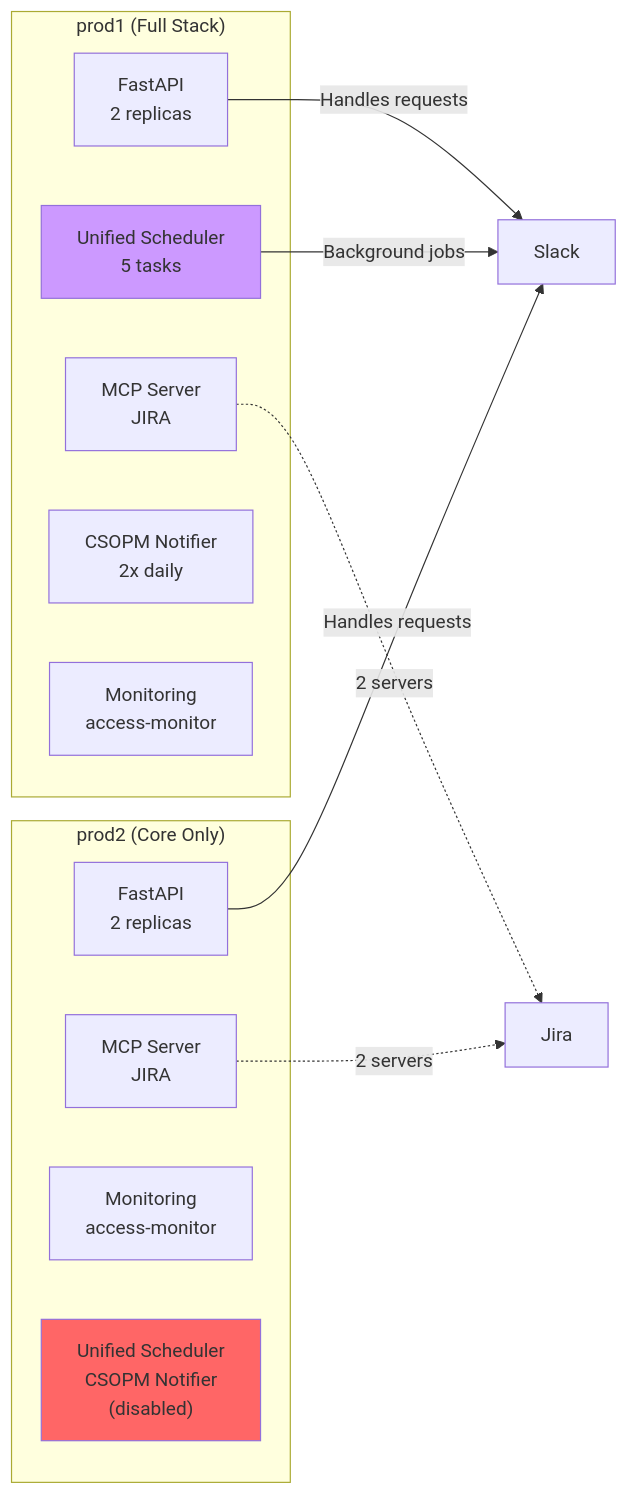
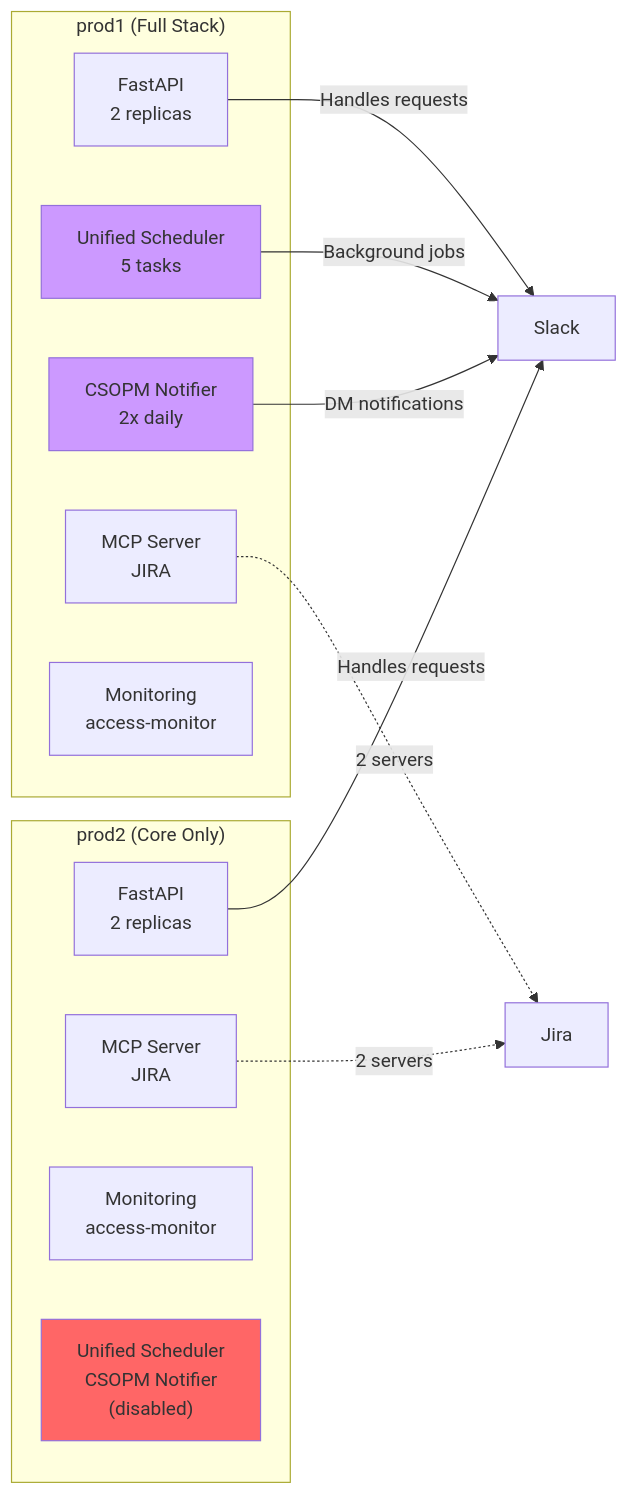
The third of 5 diagrams in projects/ketchup/docs/diagrams/5-container-topology.md (blueman82/mcp-exec), drawn with Mermaid before and after one commit.

Commit message:
Update documentation: 5-container-topology.md via Edit [2026-01-22 11:29]

````diff
--- a/projects/ketchup/docs/diagrams/5-container-topology.md
+++ b/projects/ketchup/docs/diagrams/5-container-topology.md
@@ -164,27 +164,29 @@
 ```mermaid
 graph LR
     subgraph "prod1 (Full Stack)"
         P1_FastAPI["FastAPI<br/>2 replicas"]
         P1_MCP["MCP Server<br/>JIRA"]
         P1_Unified["Unified Scheduler<br/>5 tasks"]
         P1_CSOPM["CSOPM Notifier<br/>2x daily"]
         P1_Monitor["Monitoring<br/>access-monitor"]
     end
 
     subgraph "prod2 (Core Only)"
         P2_FastAPI["FastAPI<br/>2 replicas"]
         P2_MCP["MCP Server<br/>JIRA"]
         P2_Monitor["Monitoring<br/>access-monitor"]
         P2_Disabled["Unified Scheduler<br/>CSOPM Notifier<br/>(disabled)"]
     end
 
     P1_FastAPI -->|Handles requests| Slack
     P1_Unified -->|Background jobs| Slack
+    P1_CSOPM -->|DM notifications| Slack
     P2_FastAPI -->|Handles requests| Slack
 
     style P1_Unified fill:#cc99ff
+    style P1_CSOPM fill:#cc99ff
     style P2_Disabled fill:#ff6666
 
     P1_MCP -.->|2 servers| Jira
     P2_MCP -.->|2 servers| Jira
 ```
````
